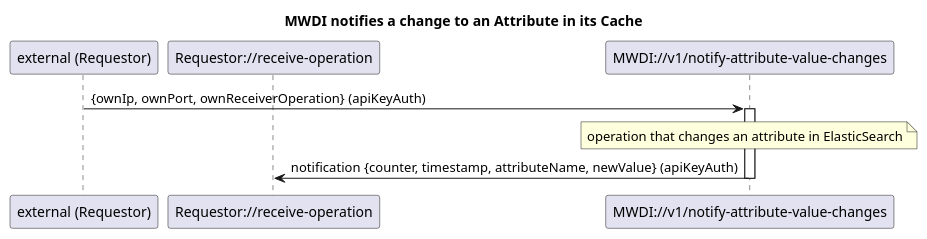
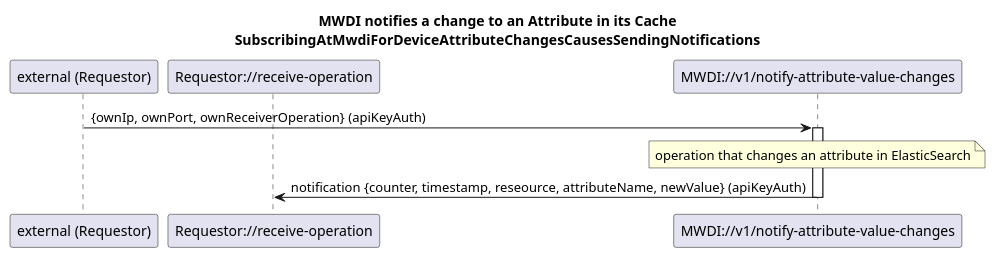
One commit to openBackhaul/MicroWaveDeviceInventory changed the diagram in spec/diagrams/120_MwdiNotifiesAttributeChange.plantuml. Above: the diagram before and after it, drawn with PlantUML. The commit also changed 20 other files, not shown here.

Commit message:
Review diagrams, services, forwardings, oas

```diff
--- a/spec/diagrams/120_MwdiNotifiesAttributeChange.plantuml
+++ b/spec/diagrams/120_MwdiNotifiesAttributeChange.plantuml
@@ -1,18 +1,21 @@
 @startuml 120_MwdiNotifiesAttributeChange
 skinparam responseMessageBelowArrow true
 
-title MWDI notifies a change to an Attribute in its Cache
+title 
+MWDI notifies a change to an Attribute in its Cache
+SubscribingAtMwdiForDeviceAttributeChangesCausesSendingNotifications
+end title
 
 participant "external (Requestor)" as external
 participant "Requestor://receive-operation" as receiverOperation
 participant "MWDI://v1/notify-attribute-value-changes" as notifyAttributeChange
 
 external -> notifyAttributeChange: {ownIp, ownPort, ownReceiverOperation} (apiKeyAuth)
 activate notifyAttributeChange
 
 note over notifyAttributeChange: operation that changes an attribute in ElasticSearch
 
-notifyAttributeChange -> receiverOperation: notification {counter, timestamp, attributeName, newValue} (apiKeyAuth)
+notifyAttributeChange -> receiverOperation: notification {counter, timestamp, reseource, attributeName, newValue} (apiKeyAuth)
 deactivate notifyAttributeChange
 
 @enduml
```
